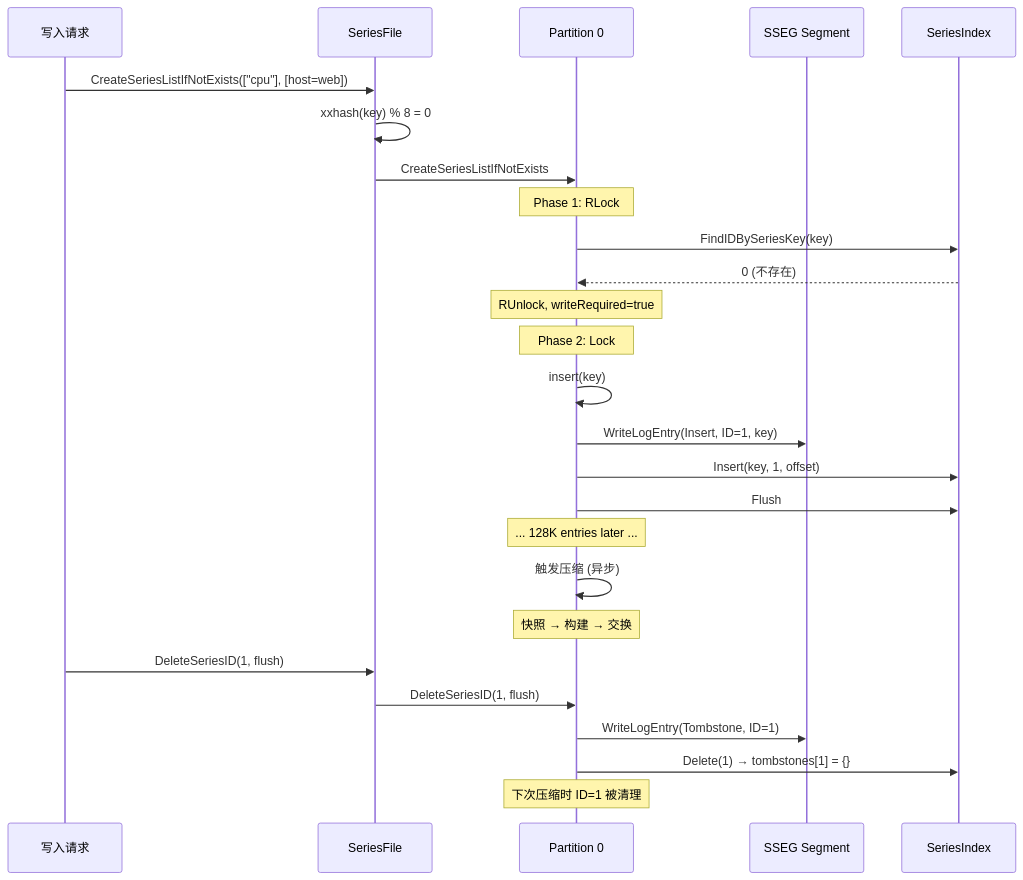
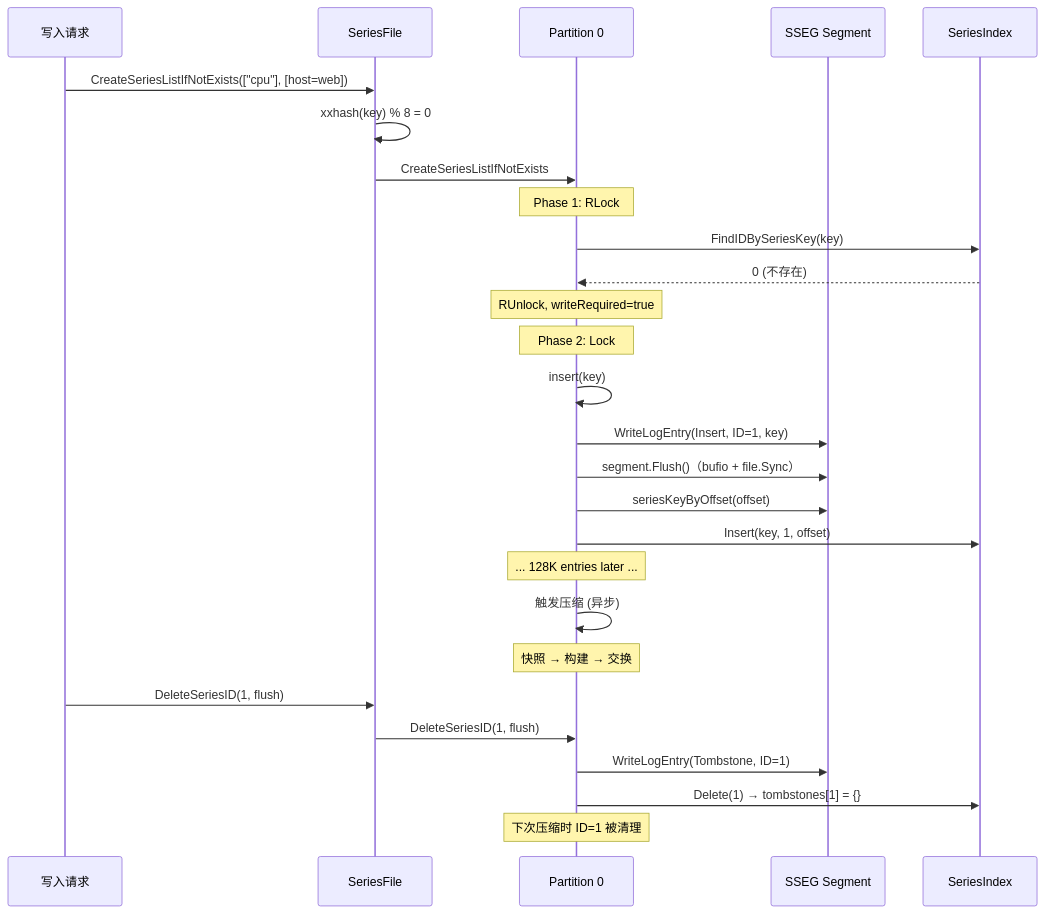
One commit to stefanv5/influxdb changed diagram 21 of 21 in docs/specs/14_series_file_deep_dive_spec.md. Above: the diagram before and after it, drawn with Mermaid. The commit also changed other lines of this file and 18 other files, not shown here.

````diff
--- a/docs/specs/14_series_file_deep_dive_spec.md
+++ b/docs/specs/14_series_file_deep_dive_spec.md
@@ -2409,34 +2418,35 @@
 ```mermaid
 sequenceDiagram
     participant W as 写入请求
     participant SF as SeriesFile
     participant P0 as Partition 0
     participant SSEG as SSEG Segment
     participant IDX as SeriesIndex
 
     W->>SF: CreateSeriesListIfNotExists(["cpu"], [host=web])
     SF->>SF: xxhash(key) % 8 = 0
     SF->>P0: CreateSeriesListIfNotExists
 
     Note over P0: Phase 1: RLock
     P0->>IDX: FindIDBySeriesKey(key)
     IDX-->>P0: 0 (不存在)
     Note over P0: RUnlock, writeRequired=true
 
     Note over P0: Phase 2: Lock
     P0->>P0: insert(key)
     P0->>SSEG: WriteLogEntry(Insert, ID=1, key)
+    P0->>SSEG: segment.Flush()（bufio + file.Sync）
+    P0->>SSEG: seriesKeyByOffset(offset)
     P0->>IDX: Insert(key, 1, offset)
-    P0->>IDX: Flush
 
     Note over P0: ... 128K entries later ...
     P0->>P0: 触发压缩 (异步)
     Note over P0: 快照 → 构建 → 交换
 
     W->>SF: DeleteSeriesID(1, flush)
     SF->>P0: DeleteSeriesID(1, flush)
     P0->>SSEG: WriteLogEntry(Tombstone, ID=1)
     P0->>IDX: Delete(1) → tombstones[1] = {}
 
     Note over P0: 下次压缩时 ID=1 被清理
 ```
````
